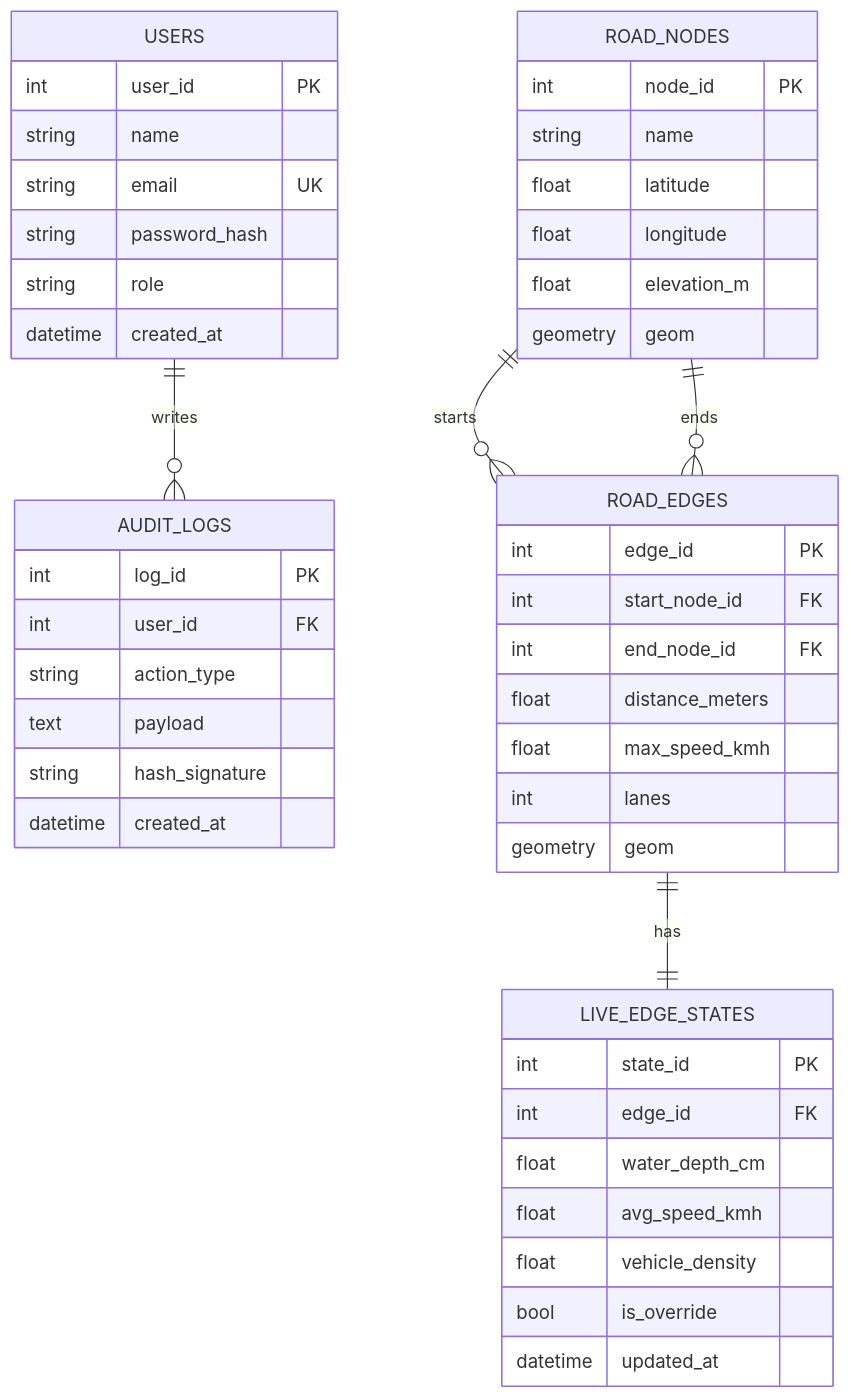
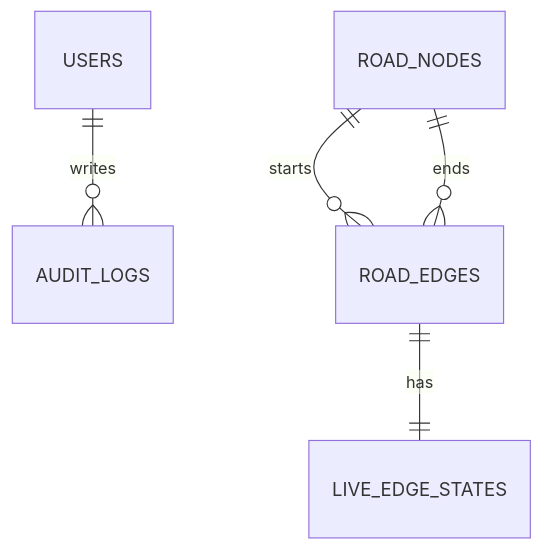
Before and after one commit to siahray/MetroFlow: the diagram in docs/TSD.md, drawn with Mermaid. The commit also changed other lines of this file and 21 other files, not shown here.

````diff
--- a/docs/TSD.md
+++ b/docs/TSD.md
@@ -307,50 +330,7 @@
 ```mermaid
 erDiagram
     USERS ||--o{ AUDIT_LOGS : writes
     ROAD_NODES ||--o{ ROAD_EDGES : starts
     ROAD_NODES ||--o{ ROAD_EDGES : ends
     ROAD_EDGES ||--|| LIVE_EDGE_STATES : has
-
-    USERS {
-        int user_id PK
-        string name
-        string email UK
-        string password_hash
-        string role
-        datetime created_at
-    }
-    ROAD_NODES {
-        int node_id PK
-        string name
-        float latitude
-        float longitude
-        float elevation_m
-        geometry geom
-    }
-    ROAD_EDGES {
-        int edge_id PK
-        int start_node_id FK
-        int end_node_id FK
-        float distance_meters
-        float max_speed_kmh
-        int lanes
-        geometry geom
-    }
-    LIVE_EDGE_STATES {
-        int state_id PK
-        int edge_id FK
-        float water_depth_cm
-        float avg_speed_kmh
-        float vehicle_density
-        bool is_override
-        datetime updated_at
-    }
-    AUDIT_LOGS {
-        int log_id PK
-        int user_id FK
-        string action_type
-        text payload
-        string hash_signature
-        datetime created_at
-    }
 ```
````
